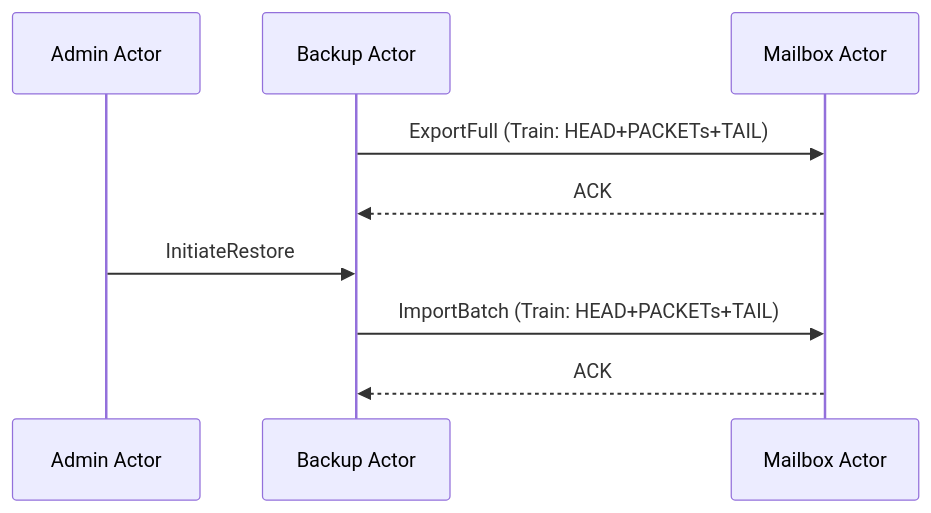
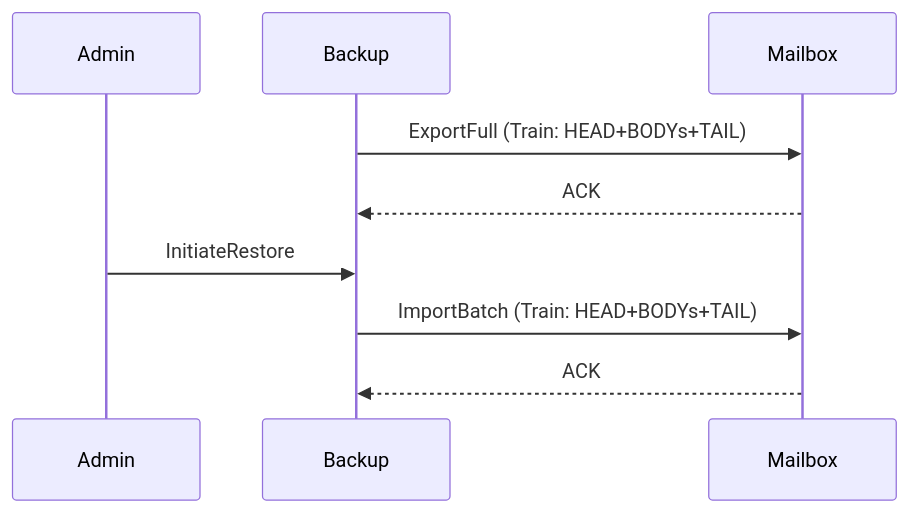
One commit to DBJARH/DBJ_METHOD_STG changed the fourth of 4 diagrams in docs/kb/agent-actor-model/email-use-case.md. Above: the diagram before and after it, drawn with Mermaid. The commit also changed other lines of this file and 1 other file, not shown here.

````diff
--- a/docs/kb/agent-actor-model/email-use-case.md
+++ b/docs/kb/agent-actor-model/email-use-case.md
@@ -127,12 +149,12 @@
 ```mermaid
 sequenceDiagram
-    participant AD as Admin Actor
-    participant BK as Backup Actor
-    participant MB as Mailbox Actor
+    participant AD as Admin
+    participant BK as Backup
+    participant MB as Mailbox
 
-    BK->>MB: ExportFull (Train: HEAD+PACKETs+TAIL)
+    BK->>MB: ExportFull (Train: HEAD+BODYs+TAIL)
     MB-->>BK: ACK
     AD->>BK: InitiateRestore
-    BK->>MB: ImportBatch (Train: HEAD+PACKETs+TAIL)
+    BK->>MB: ImportBatch (Train: HEAD+BODYs+TAIL)
     MB-->>BK: ACK
 ```
````
